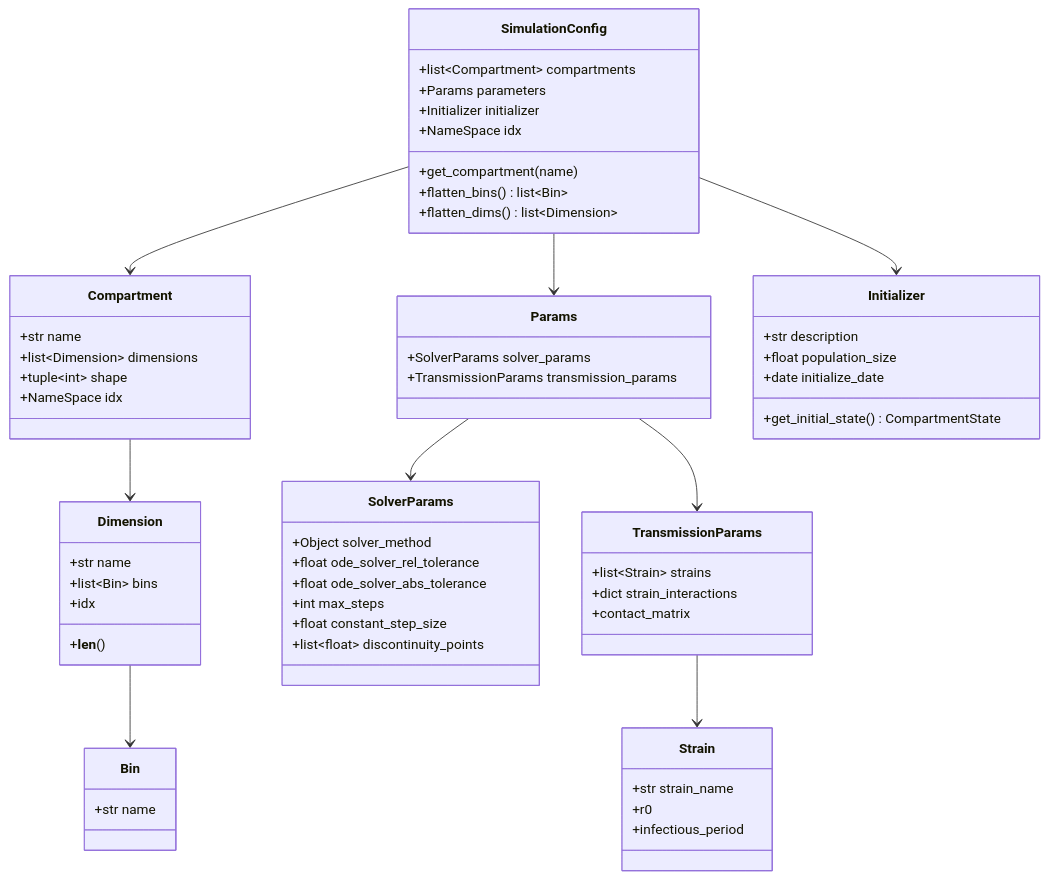
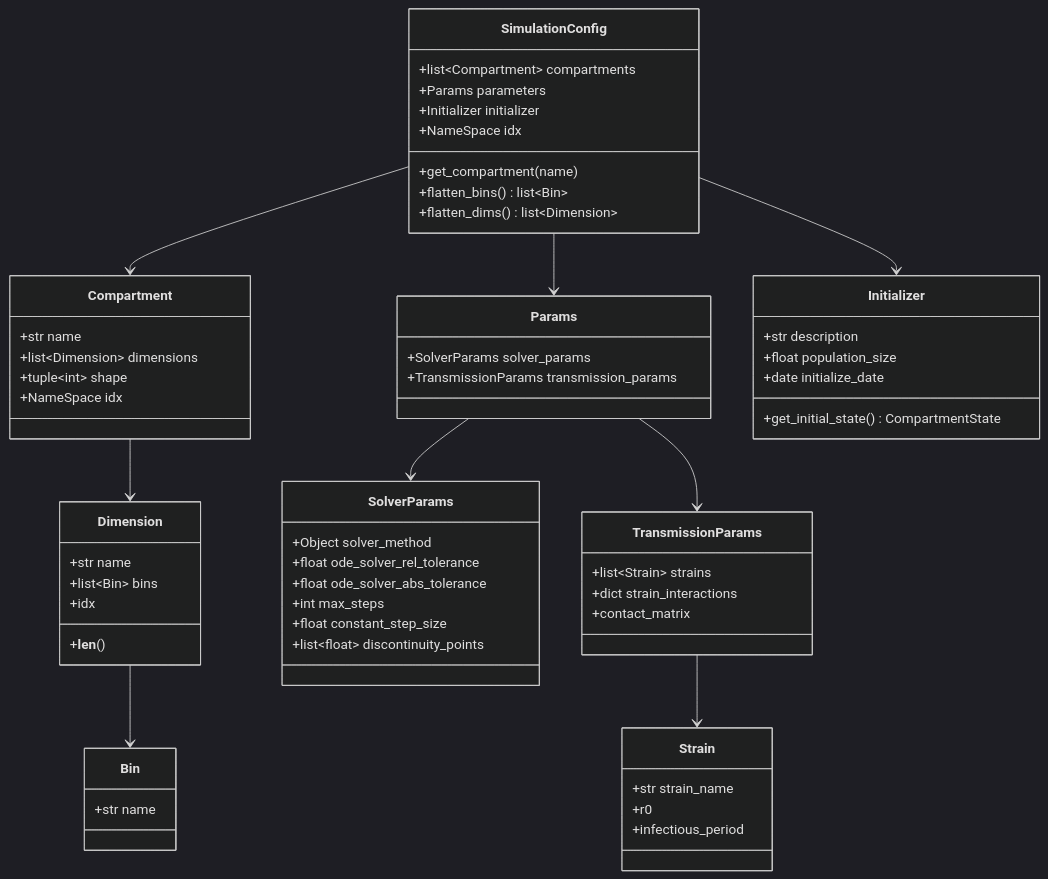
The diagram in docs/source/markdown/configuration.md (CDCgov/DynODE), drawn with Mermaid before and after one commit. The commit also changed 3 other files, not shown here.

````diff
--- a/docs/source/markdown/configuration.md
+++ b/docs/source/markdown/configuration.md
@@ -11,64 +11,65 @@
 ```{mermaid}
+%%{ init: { "theme": "dark", "themeVariables": { "primaryColor": "#bb86fc", "background": "#121212"} } }%%
 classDiagram
     class SimulationConfig {
         +list~Compartment~ compartments
         +Params parameters
         +Initializer initializer
         +NameSpace idx
         +get_compartment(name)
         +flatten_bins() list~Bin~
         +flatten_dims() list~Dimension~
     }
     class Compartment {
         +str name
         +list~Dimension~ dimensions
         +tuple~int~ shape
         +NameSpace idx
     }
     class Dimension {
         +str name
         +list~Bin~ bins
         +__len__()
         +idx
     }
     class Bin {
         +str name
     }
     class Params {
         +SolverParams solver_params
         +TransmissionParams transmission_params
     }
     class SolverParams {
         +Object solver_method
         +float ode_solver_rel_tolerance
         +float ode_solver_abs_tolerance
         +int max_steps
         +float constant_step_size
         +list~float~ discontinuity_points
     }
     class TransmissionParams {
         +list~Strain~ strains
         +dict strain_interactions
         +contact_matrix
     }
     class Strain {
         +str strain_name
         +r0
         +infectious_period
     }
     class Initializer {
         +str description
         +float population_size
         +date initialize_date
         +get_initial_state() CompartmentState
     }
 
     SimulationConfig --> Compartment
     SimulationConfig --> Params
     SimulationConfig --> Initializer
     Compartment --> Dimension
     Dimension --> Bin
     Params --> SolverParams
     Params --> TransmissionParams
     TransmissionParams --> Strain
 ```
````
